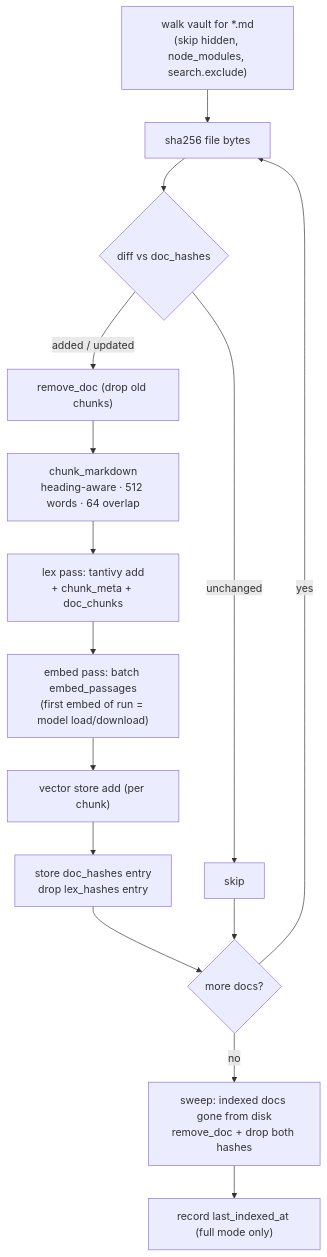
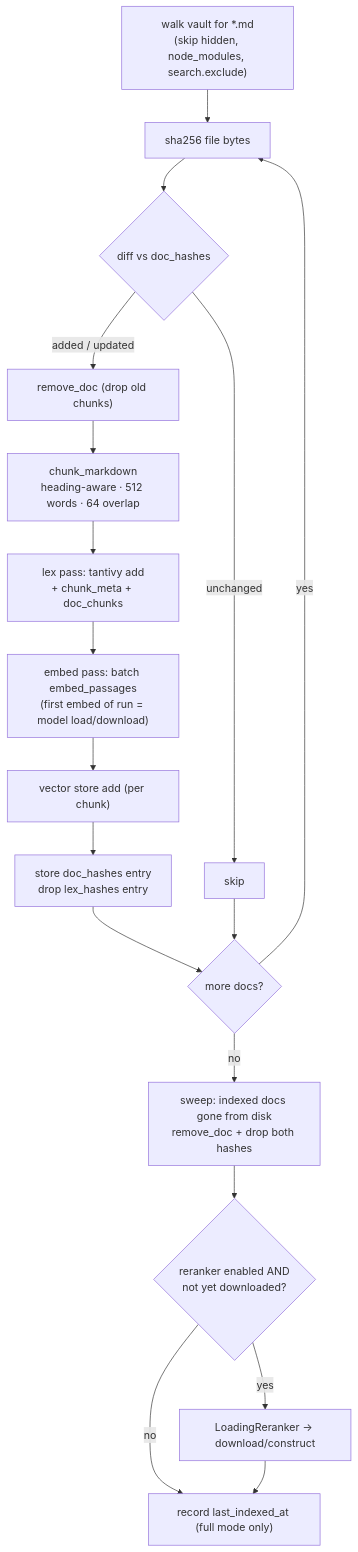
Before and after one commit to onebrain-ai/onebrain-cli: the second of 8 diagrams in docs/architecture/search.md, drawn with Mermaid. The commit also changed other lines of this file and 25 other files, not shown here.

````diff
--- a/docs/architecture/search.md
+++ b/docs/architecture/search.md
@@ -198,17 +226,20 @@
 ```mermaid
 flowchart TD
     A["walk vault for *.md<br/>(skip hidden, node_modules, search.exclude)"] --> B["sha256 file bytes"]
     B --> C{"diff vs doc_hashes"}
     C -- unchanged --> Z["skip"]
     C -- added / updated --> D["remove_doc (drop old chunks)"]
     D --> E["chunk_markdown<br/>heading-aware · 512 words · 64 overlap"]
     E --> F["lex pass: tantivy add<br/>+ chunk_meta + doc_chunks"]
     F --> G["embed pass: batch embed_passages<br/>(first embed of run = model load/download)"]
     G --> H["vector store add (per chunk)"]
     H --> I["store doc_hashes entry<br/>drop lex_hashes entry"]
     I --> J{"more docs?"}
     Z --> J
     J -- yes --> B
     J -- no --> K["sweep: indexed docs gone from disk<br/>remove_doc + drop both hashes"]
-    K --> L["record last_indexed_at (full mode only)"]
+    K --> RR{"reranker enabled AND<br/>not yet downloaded?"}
+    RR -- yes --> RRL["LoadingReranker → download/construct"]
+    RR -- no --> L["record last_indexed_at (full mode only)"]
+    RRL --> L
 ```
````
